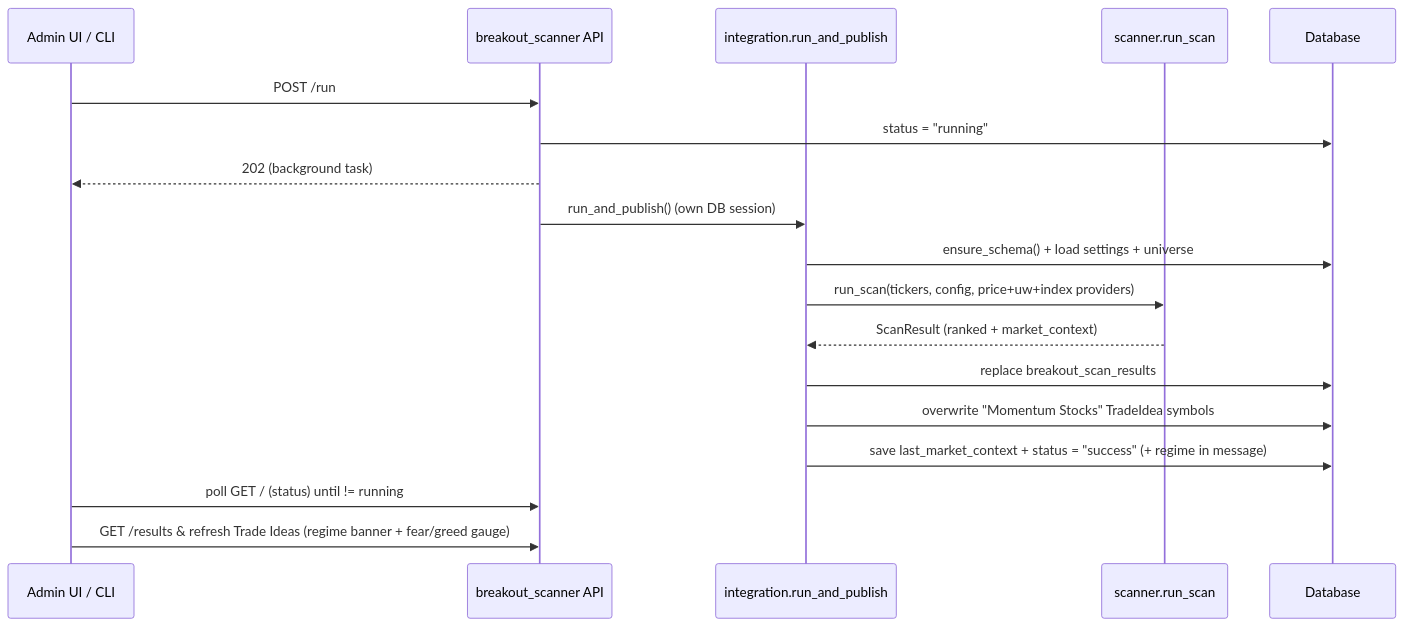
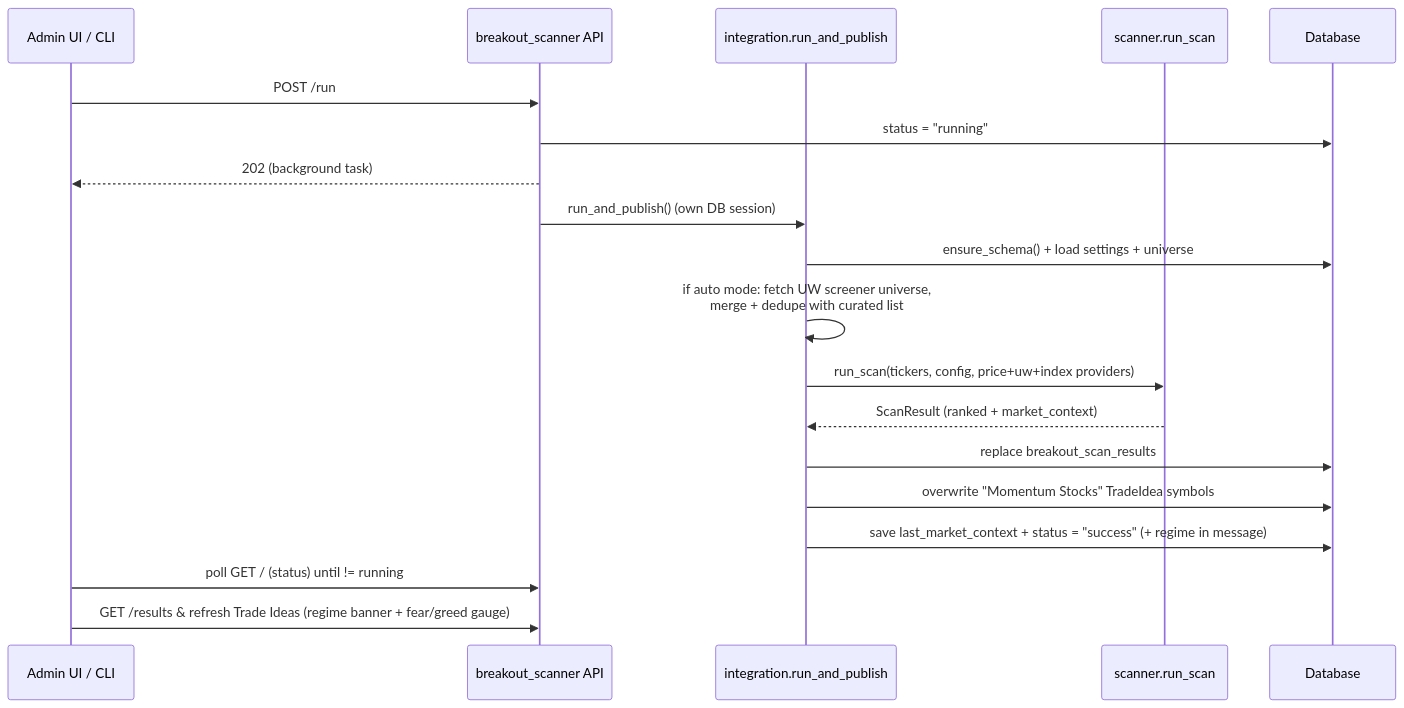
One commit to pk-ux/PutOptionsTrading changed the fifth of 8 diagrams in backend/app/modules/breakout_scanner/ARCHITECTURE.md. Above: the diagram before and after it, drawn with Mermaid. The commit also changed other lines of this file and 22 other files, not shown here.

````diff
--- a/backend/app/modules/breakout_scanner/ARCHITECTURE.md
+++ b/backend/app/modules/breakout_scanner/ARCHITECTURE.md
@@ -351,21 +406,22 @@
 ```mermaid
 sequenceDiagram
     participant UI as Admin UI / CLI
     participant API as breakout_scanner API
     participant INT as integration.run_and_publish
     participant CORE as scanner.run_scan
     participant DB as Database
 
     UI->>API: POST /run
     API->>DB: status = "running"
     API-->>UI: 202 (background task)
     API->>INT: run_and_publish() (own DB session)
     INT->>DB: ensure_schema() + load settings + universe
+    INT->>INT: if auto mode: fetch UW screener universe,<br/>merge + dedupe with curated list
     INT->>CORE: run_scan(tickers, config, price+uw+index providers)
     CORE-->>INT: ScanResult (ranked + market_context)
     INT->>DB: replace breakout_scan_results
     INT->>DB: overwrite "Momentum Stocks" TradeIdea symbols
     INT->>DB: save last_market_context + status = "success" (+ regime in message)
     UI->>API: poll GET / (status) until != running
     UI->>API: GET /results  &  refresh Trade Ideas (regime banner + fear/greed gauge)
 ```
````
